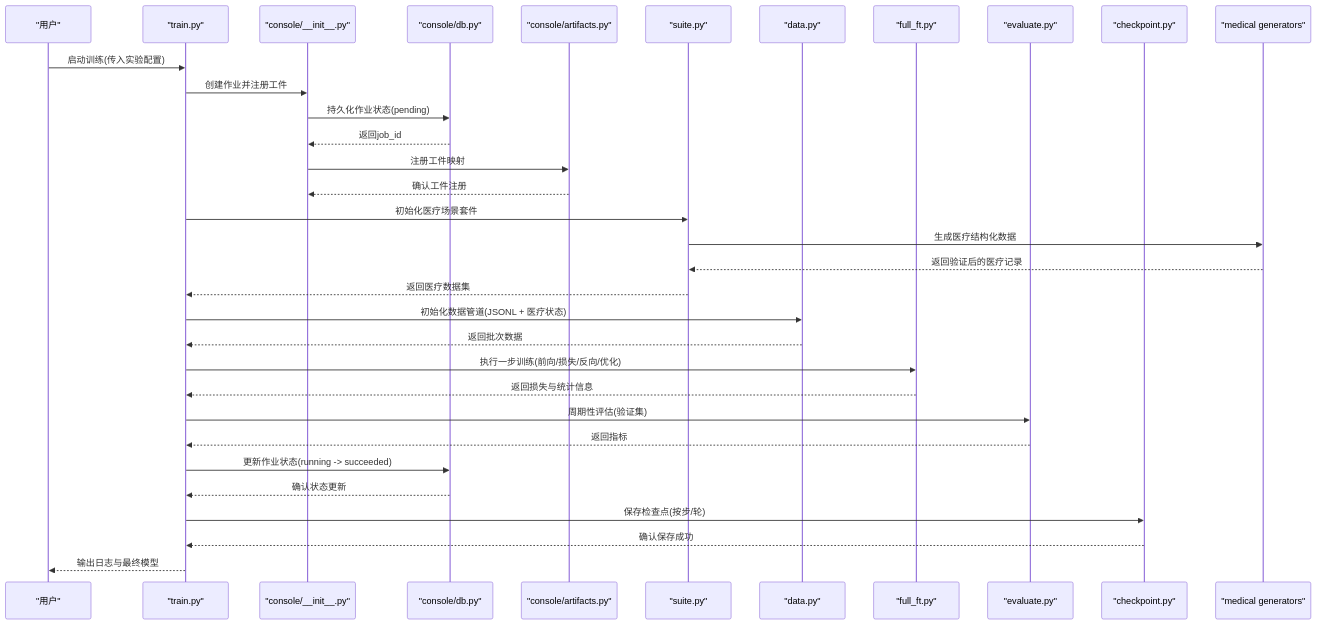
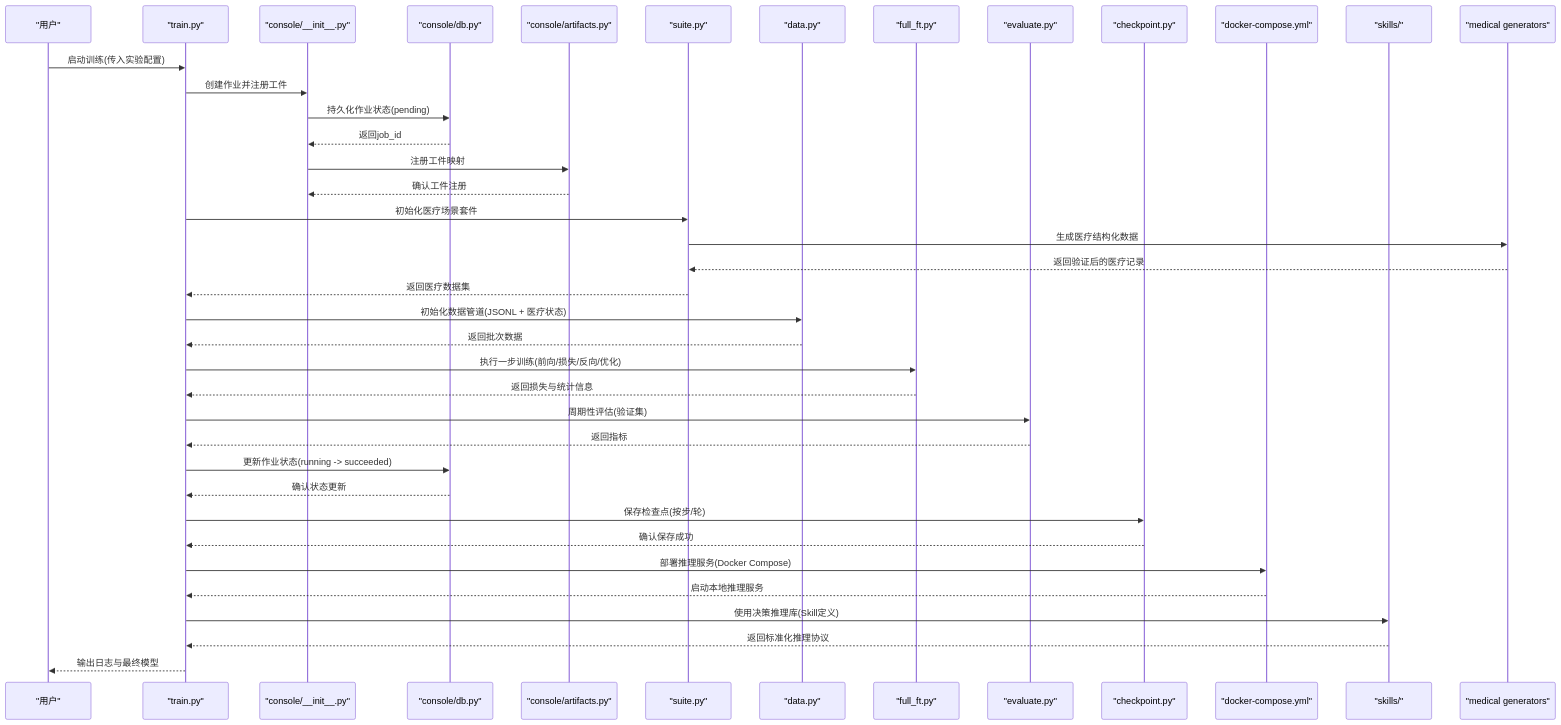
Before and after one commit to joezxh/kev: the second of 13 diagrams in .qoder/repowiki/zh/content/训练框架/训练框架.md, drawn with Mermaid. The commit also changed other lines of this file and 124 other files, not shown here.

````diff
--- a/.qoder/repowiki/zh/content/训练框架/训练框架.md
+++ b/.qoder/repowiki/zh/content/训练框架/训练框架.md
@@ -171,35 +200,41 @@
 ```mermaid
 sequenceDiagram
 participant User as "用户"
 participant Train as "train.py"
 participant Console as "console/__init__.py"
 participant Store as "console/db.py"
 participant Artifacts as "console/artifacts.py"
 participant Suite as "suite.py"
 participant Data as "data.py"
 participant FT as "full_ft.py"
 participant Eval as "evaluate.py"
 participant CKPT as "checkpoint.py"
+participant Deploy as "docker-compose.yml"
+participant Skills as "skills/"
 participant MedGen as "medical generators"
 User->>Train : 启动训练(传入实验配置)
 Train->>Console : 创建作业并注册工件
 Console->>Store : 持久化作业状态(pending)
 Store-->>Console : 返回job_id
 Console->>Artifacts : 注册工件映射
 Artifacts-->>Console : 确认工件注册
 Train->>Suite : 初始化医疗场景套件
 Suite->>MedGen : 生成医疗结构化数据
 MedGen-->>Suite : 返回验证后的医疗记录
 Suite-->>Train : 返回医疗数据集
 Train->>Data : 初始化数据管道(JSONL + 医疗状态)
 Data-->>Train : 返回批次数据
 Train->>FT : 执行一步训练(前向/损失/反向/优化)
 FT-->>Train : 返回损失与统计信息
 Train->>Eval : 周期性评估(验证集)
 Eval-->>Train : 返回指标
 Train->>Store : 更新作业状态(running -> succeeded)
 Store-->>Train : 确认状态更新
 Train->>CKPT : 保存检查点(按步/轮)
 CKPT-->>Train : 确认保存成功
+Train->>Deploy : 部署推理服务(Docker Compose)
+Deploy-->>Train : 启动本地推理服务
+Train->>Skills : 使用决策推理库(Skill定义)
+Skills-->>Train : 返回标准化推理协议
 Train-->>User : 输出日志与最终模型
 ```
````
